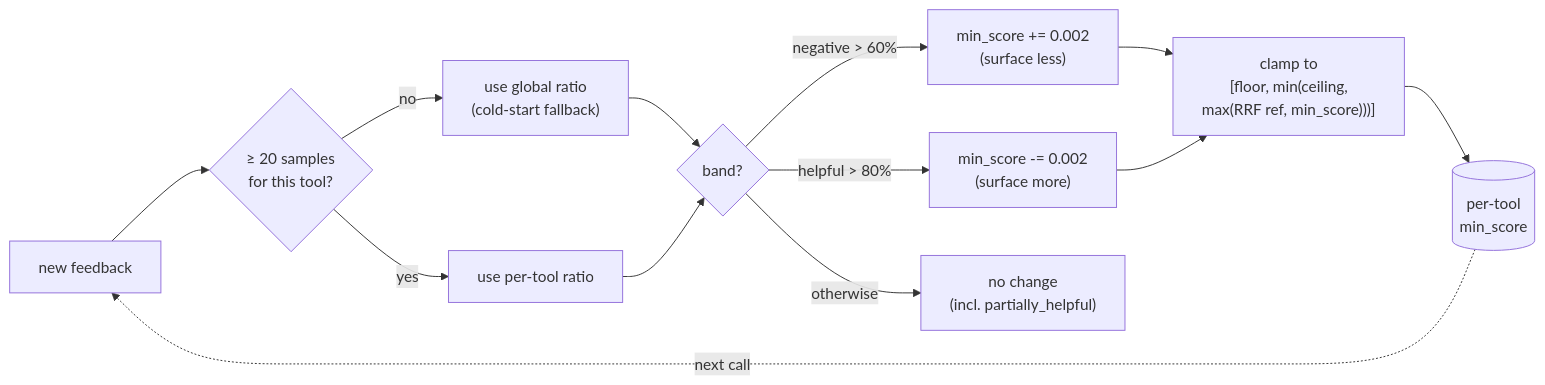
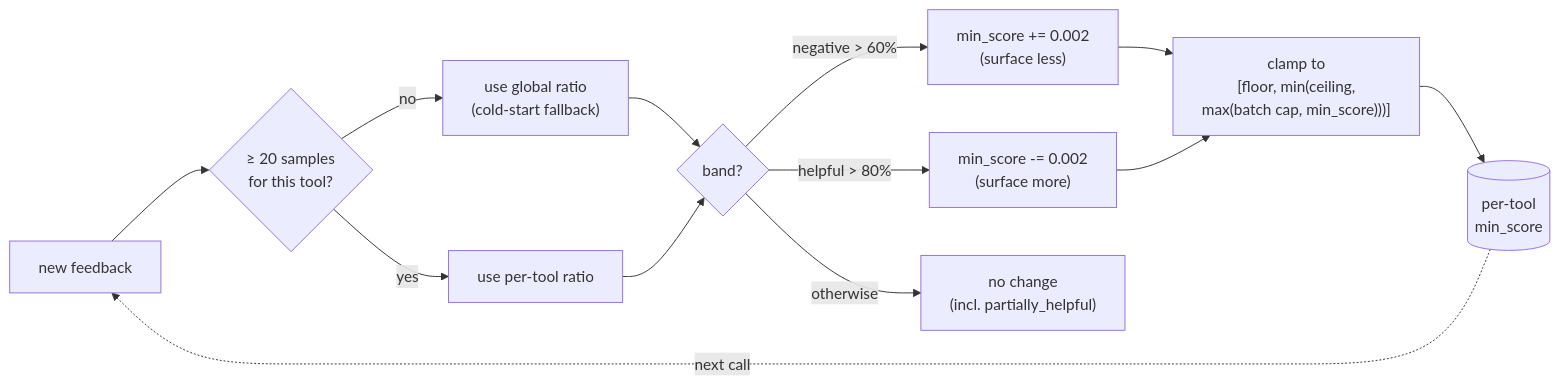
One commit to memtomem/memtomem-stm changed the fifth of 5 diagrams in docs/surfacing.md. Above: the diagram before and after it, drawn with Mermaid. The commit also changed other lines of this file and 7 other files, not shown here.

````diff
--- a/docs/surfacing.md
+++ b/docs/surfacing.md
@@ -640,15 +649,15 @@
 ```mermaid
 flowchart LR
     Sample["new feedback"] --> N{"≥ 20 samples<br/>for this tool?"}
     N -->|no| Cold["use global ratio<br/>(cold-start fallback)"]
     N -->|yes| Local["use per-tool ratio"]
     Cold --> R{"band?"}
     Local --> R
     R -->|"negative > 60%"| Up["min_score += 0.002<br/>(surface less)"]
     R -->|"helpful > 80%"| Down["min_score -= 0.002<br/>(surface more)"]
     R -->|"otherwise"| Hold["no change<br/>(incl. partially_helpful)"]
-    Up --> Cap["clamp to<br/>[floor, min(ceiling,<br/>max(RRF ref, min_score)))]"]
+    Up --> Cap["clamp to<br/>[floor, min(ceiling,<br/>max(batch cap, min_score)))]"]
     Down --> Cap
     Cap --> Tool[("per-tool<br/>min_score")]
     Tool -.->|next call| Sample
 ```
````
